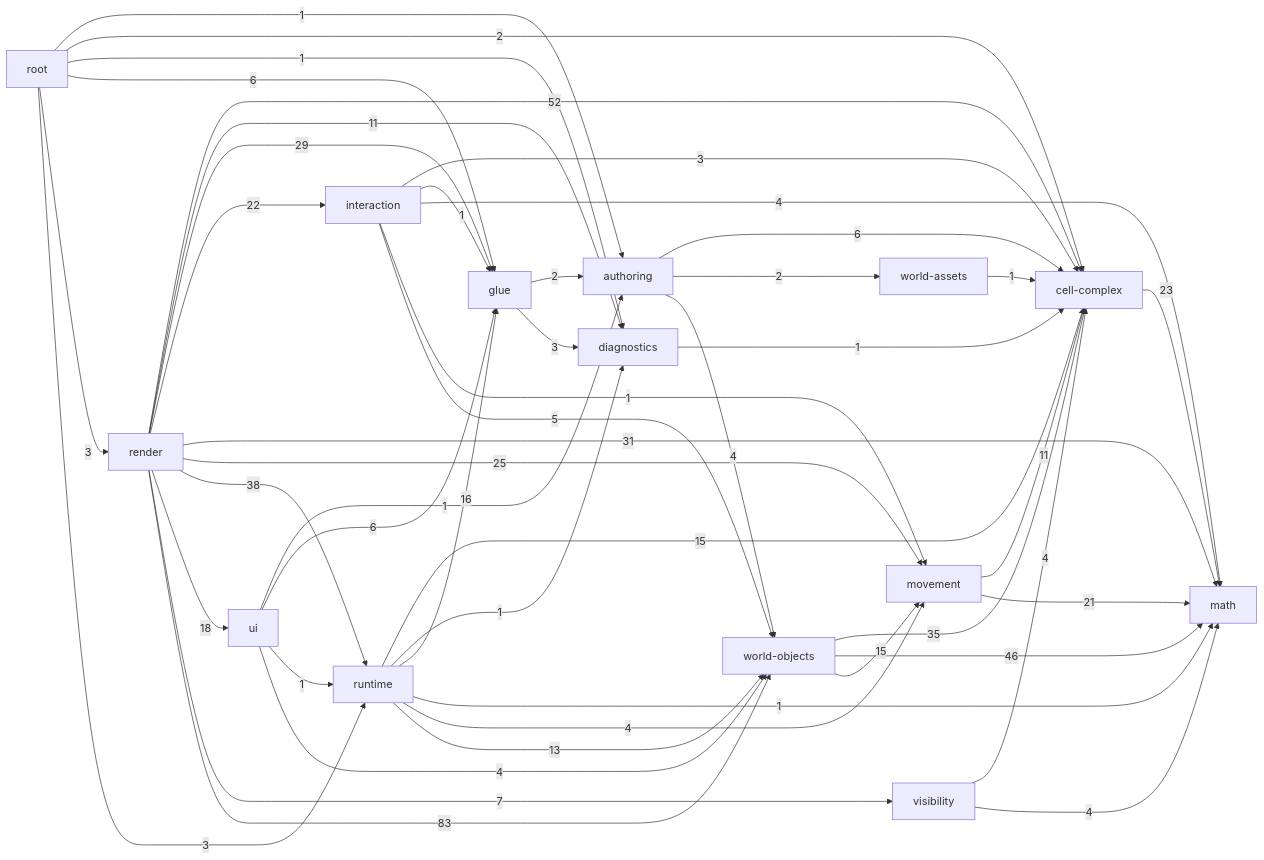
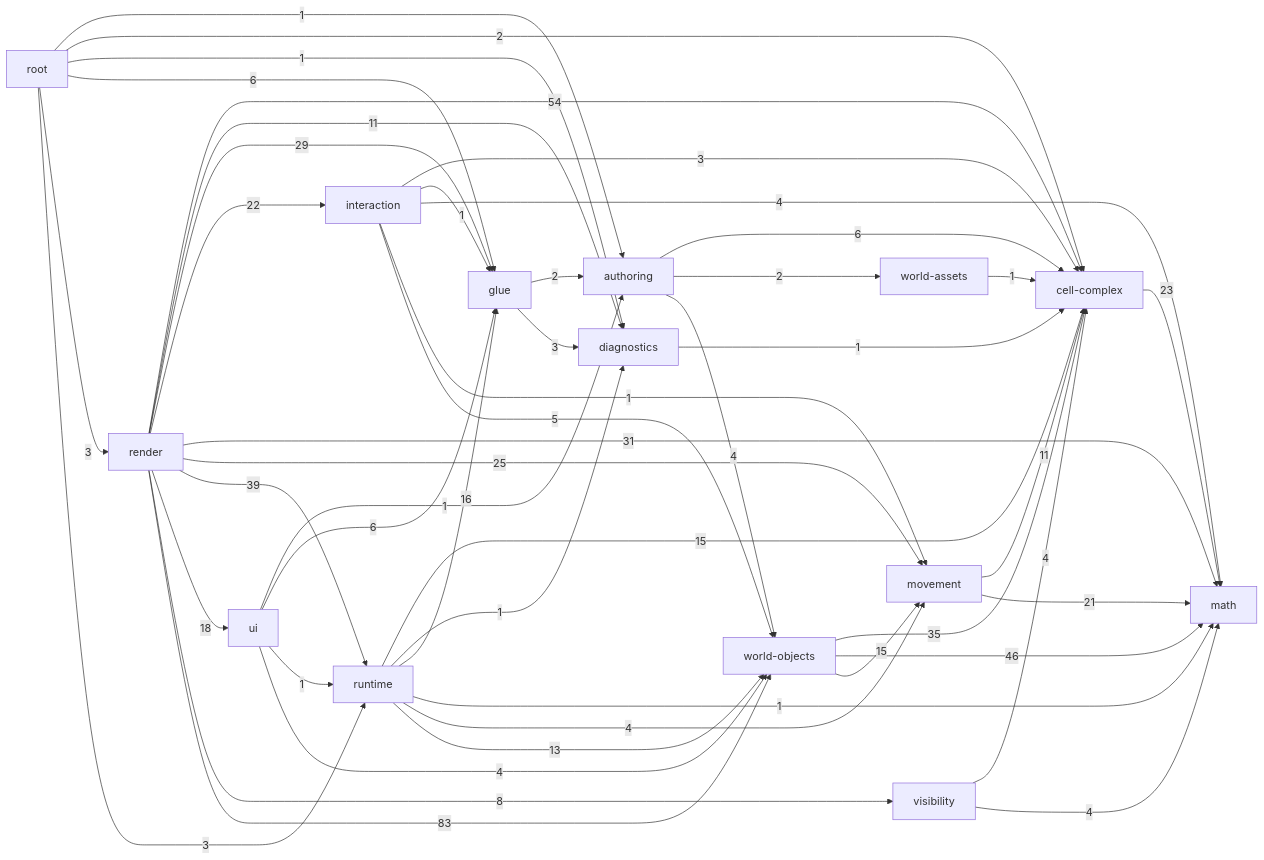
One commit to guraltsev/noneuclid-fpv changed the diagram in _docs/generated/ARCHITECTURE_REFERENCE.md. Above: the diagram before and after it, drawn with Mermaid. The commit also changed other lines of this file and 4 other files, not shown here.

````diff
--- a/_docs/generated/ARCHITECTURE_REFERENCE.md
+++ b/_docs/generated/ARCHITECTURE_REFERENCE.md
@@ -35,63 +35,63 @@
 ```mermaid
 flowchart LR
   math["math"]
   cell_complex["cell-complex"]
   diagnostics["diagnostics"]
   visibility["visibility"]
   movement["movement"]
   world_assets["world-assets"]
   world_objects["world-objects"]
   authoring["authoring"]
   glue["glue"]
   interaction["interaction"]
   runtime["runtime"]
   ui["ui"]
   render["render"]
   root["root"]
   authoring -->|6| cell_complex
   authoring -->|2| world_assets
   authoring -->|4| world_objects
   cell_complex -->|23| math
   diagnostics -->|1| cell_complex
   glue -->|2| authoring
   glue -->|3| diagnostics
   interaction -->|3| cell_complex
   interaction -->|1| glue
   interaction -->|4| math
   interaction -->|1| movement
   interaction -->|5| world_objects
   movement -->|11| cell_complex
   movement -->|21| math
-  render -->|52| cell_complex
+  render -->|54| cell_complex
   render -->|11| diagnostics
   render -->|29| glue
   render -->|22| interaction
   render -->|31| math
   render -->|25| movement
-  render -->|38| runtime
+  render -->|39| runtime
   render -->|18| ui
-  render -->|7| visibility
+  render -->|8| visibility
   render -->|83| world_objects
   root -->|1| authoring
   root -->|2| cell_complex
   root -->|1| diagnostics
   root -->|6| glue
   root -->|3| render
   root -->|3| runtime
   runtime -->|15| cell_complex
   runtime -->|1| diagnostics
   runtime -->|16| glue
   runtime -->|1| math
   runtime -->|4| movement
   runtime -->|13| world_objects
   ui -->|1| authoring
   ui -->|6| glue
   ui -->|1| runtime
   ui -->|4| world_objects
   visibility -->|4| cell_complex
   visibility -->|4| math
   world_assets -->|1| cell_complex
   world_objects -->|35| cell_complex
   world_objects -->|46| math
   world_objects -->|15| movement
 ```
````
